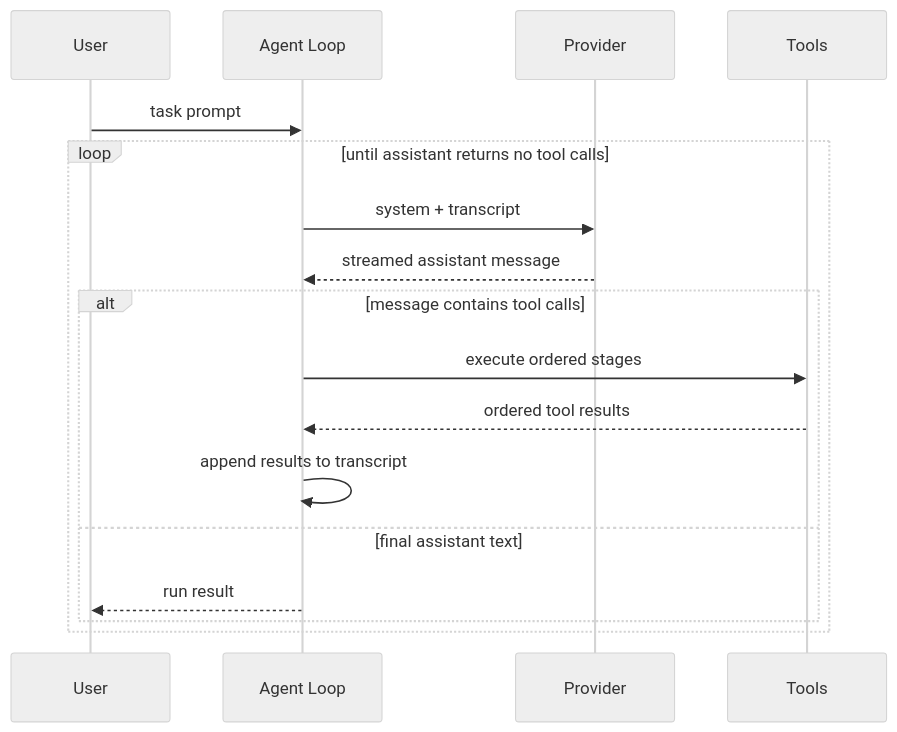
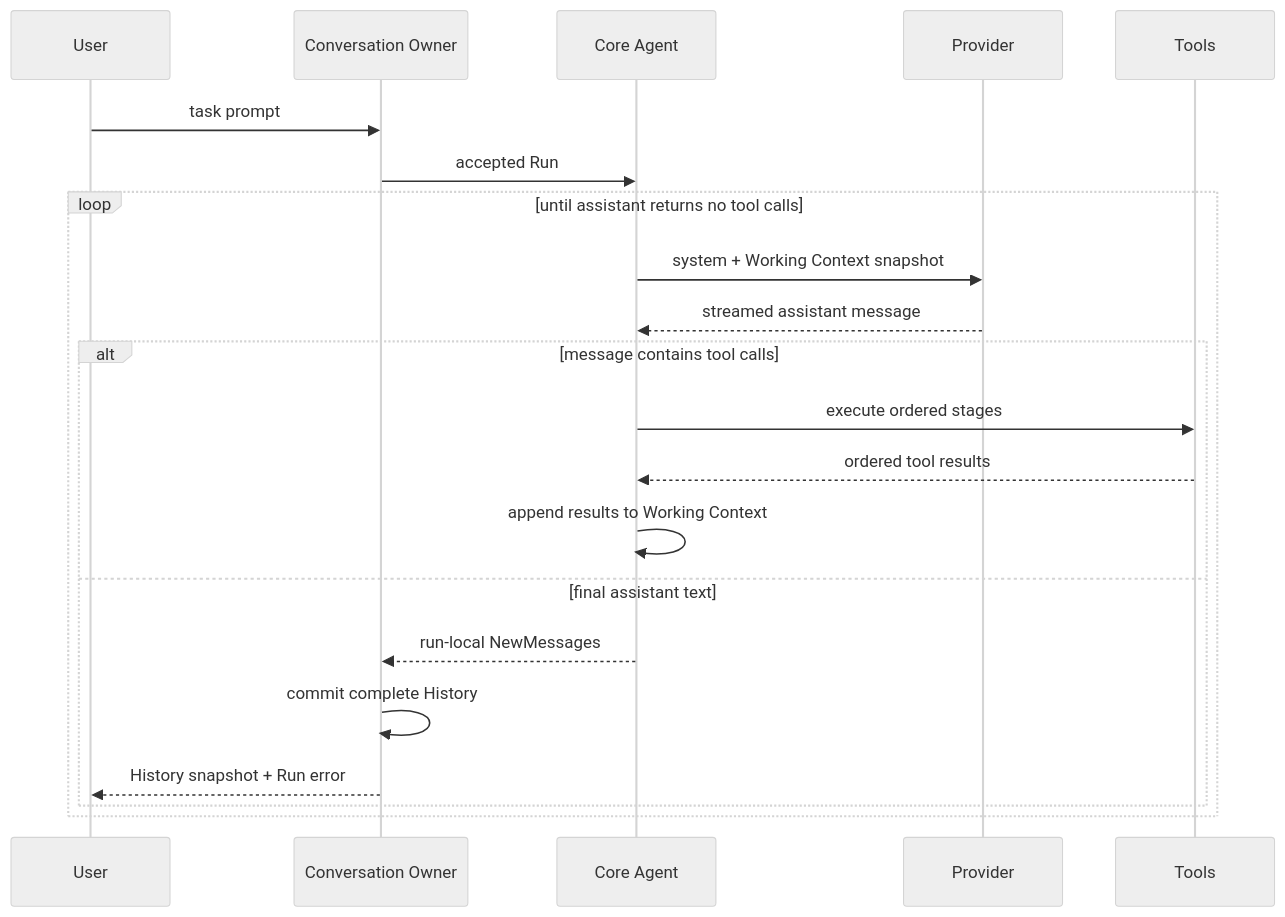
Before and after one commit to yuanbohan/pia: the second of 3 diagrams in docs/plans/2026-07-15-001-pi-core-go-learning-port-plan.md, drawn with Mermaid (neutral theme). The commit also changed other lines of this file and 17 other files, not shown here.

First line of the commit message:
feat(agent): separate history from working context

````diff
--- a/docs/plans/2026-07-15-001-pi-core-go-learning-port-plan.md
+++ b/docs/plans/2026-07-15-001-pi-core-go-learning-port-plan.md
@@ -176,19 +176,23 @@
 ```mermaid
 sequenceDiagram
     participant U as User
-    participant A as Agent Loop
+    participant C as Conversation Owner
+    participant A as Core Agent
     participant M as Provider
     participant T as Tools
-    U->>A: task prompt
+    U->>C: task prompt
+    C->>A: accepted Run
     loop until assistant returns no tool calls
-        A->>M: system + transcript
+        A->>M: system + Working Context snapshot
         M-->>A: streamed assistant message
         alt message contains tool calls
             A->>T: execute ordered stages
             T-->>A: ordered tool results
-            A->>A: append results to transcript
+            A->>A: append results to Working Context
         else final assistant text
-            A-->>U: run result
+            A-->>C: run-local NewMessages
+            C->>C: commit complete History
+            C-->>U: History snapshot + Run error
         end
     end
 ```
````
